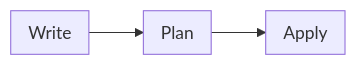
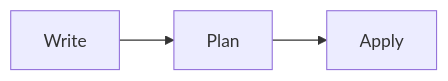
The second of 2 diagrams in topics/getting-started/README.md (sudomateo/terraform-training), drawn with Mermaid before and after one commit.

Commit message:
Don't use subgraphs

````diff
--- a/topics/getting-started/README.md
+++ b/topics/getting-started/README.md
@@ -71,11 +71,8 @@
 ```mermaid
 flowchart LR
-	subgraph write [Write]
-	end
-	subgraph plan [Plan]
-	end
-	subgraph apply [Apply]
-	end
+	write[Write]
+	plan[Plan]
+	apply[Apply]
 
 	write --> plan --> apply
 ```
````
